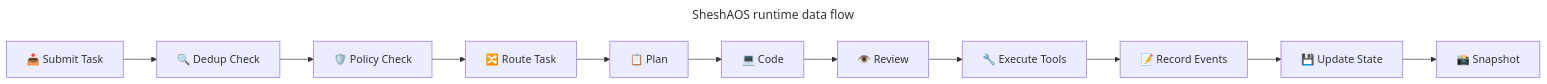
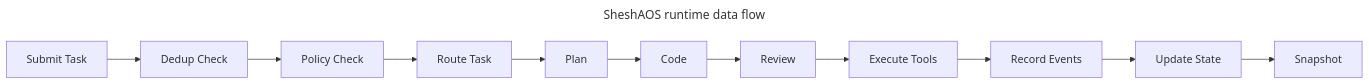
Before and after one commit to gaganjainse/SheshAOS: the second of 4 diagrams in README.md, drawn with Mermaid. The commit also changed other lines of this file, not shown here.

Commit message:
chore: record local state after the reorganisation

````diff
--- a/README.md
+++ b/README.md
@@ -113,16 +109,16 @@
 ```mermaid
 ---
 title: SheshAOS runtime data flow
 ---
 graph LR
-    A["📥 Submit Task"] --> B["🔍 Dedup Check"]
-    B --> C["🛡️ Policy Check"]
-    C --> D["🔀 Route Task"]
-    D --> E["📋 Plan"]
-    E --> F["💻 Code"]
-    F --> G["👁️ Review"]
-    G --> H["🔧 Execute Tools"]
-    H --> I["📝 Record Events"]
-    I --> J["💾 Update State"]
-    J --> K["📸 Snapshot"]
+    A[" Submit Task"] --> B[" Dedup Check"]
+    B --> C[" Policy Check"]
+    C --> D[" Route Task"]
+    D --> E[" Plan"]
+    E --> F[" Code"]
+    F --> G[" Review"]
+    G --> H[" Execute Tools"]
+    H --> I[" Record Events"]
+    I --> J[" Update State"]
+    J --> K[" Snapshot"]
 ```
````
